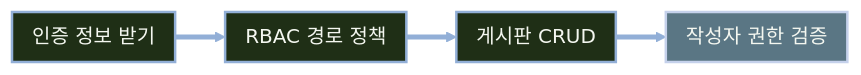
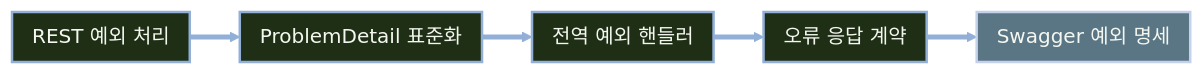
Before and after one commit to qus0in/slide-maker: the first of 3 diagrams in slides.md, drawn with Mermaid. The commit also changed other lines of this file, not shown here.

Commit message:
feat(slides) : REST API 예외 처리 및 명세 슬라이드 업데이트

````diff
--- a/slides.md
+++ b/slides.md
@@ -90,23 +91,24 @@
 ```mermaid
 ---
 config:
   themeVariables:
     lineColor: "#92AFD7"
     arrowheadColor: "#92AFD7"
     edgeLabelBackground: "#1F2F16"
   flowchart:
     padding: 8
     nodeSpacing: 40
     rankSpacing: 40
 ---
 flowchart LR
-  A["인증 정보 받기"] --> B["RBAC 경로 정책"]
-  B --> C["게시판 CRUD"]
-  C --> D["작성자 권한 검증"]
+  A["REST 예외 처리"] --> B["ProblemDetail 표준화"]
+  B --> C["전역 예외 핸들러"]
+  C --> D["오류 응답 계약"]
+  D --> E["Swagger 예외 명세"]
 
-  class A,B,C step
-  class D result
+  class A,B,C,D step
+  class E result
   classDef step fill:#1F2F16,stroke:#92AFD7,color:#F4F7F0,stroke-width:2px
   classDef result fill:#5A7684,stroke:#C5D1EB,color:#F4F7F0,stroke-width:2px
   linkStyle default stroke:#92AFD7,stroke-width:4px
 ```
````
